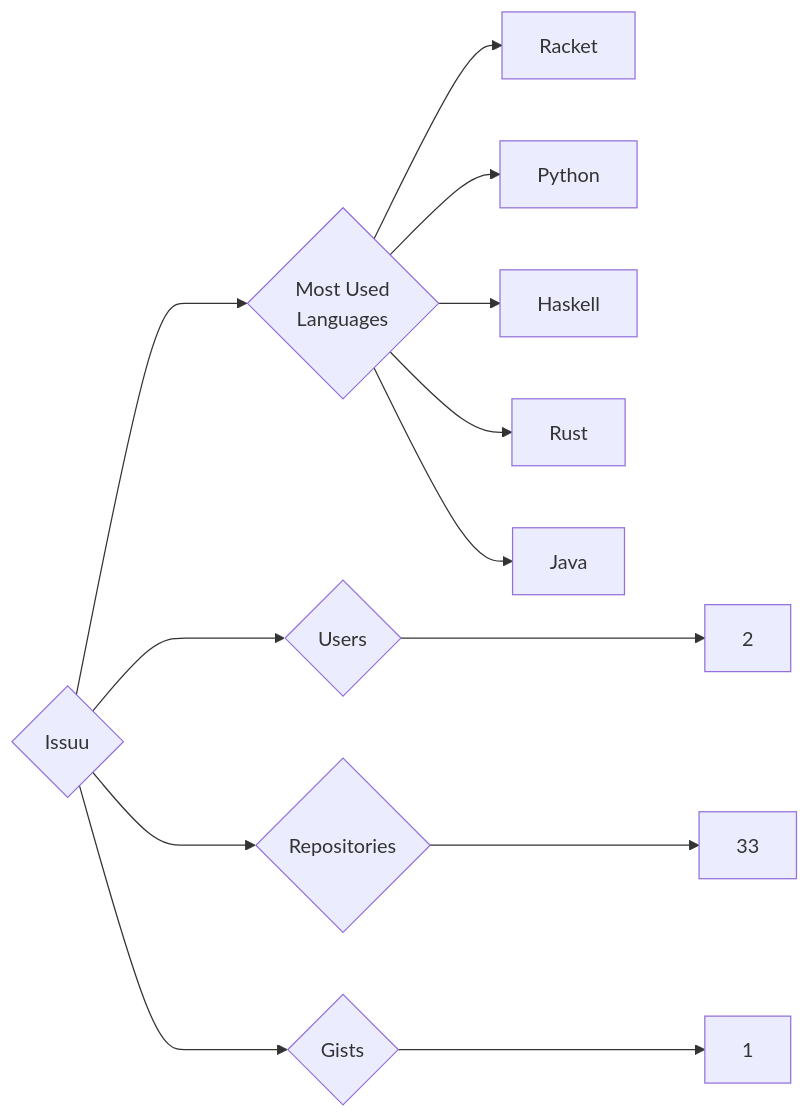
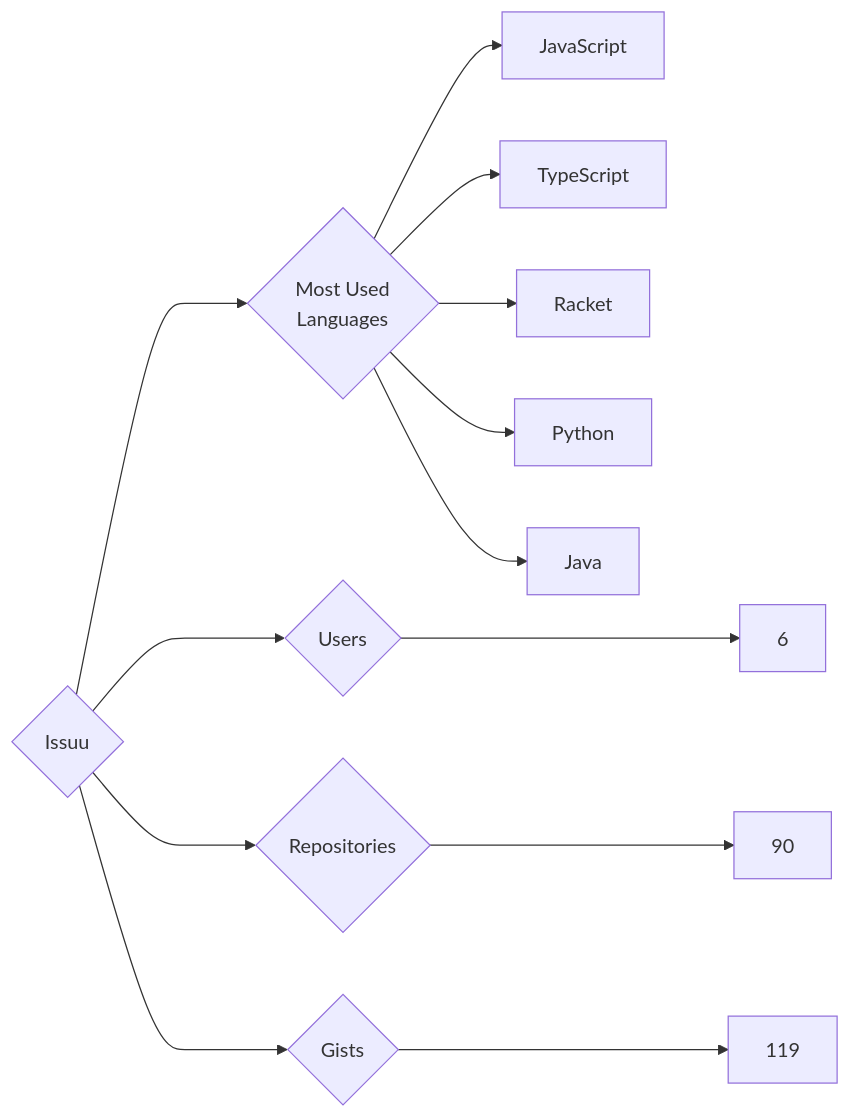
One commit to trickest/insiders changed the diagram in targets/Issuu/README.md. Above: the diagram before and after it, drawn with Mermaid. The commit also changed 951 other files, not shown here.

````diff
--- a/targets/Issuu/README.md
+++ b/targets/Issuu/README.md
@@ -3,13 +3,13 @@
 ```mermaid
 graph LR
 COMPANY_NAME{Issuu}
-COMPANY_NAME ---> U{Users} ---> UN[2]
-COMPANY_NAME ---> R{Repositories} ---> RN[33]
-COMPANY_NAME ---> G{Gists} ---> GN[1]
+COMPANY_NAME ---> U{Users} ---> UN[6]
+COMPANY_NAME ---> R{Repositories} ---> RN[90]
+COMPANY_NAME ---> G{Gists} ---> GN[119]
 COMPANY_NAME ---> ML{Most Used<br>Languages}
+ML --> JavaScript[JavaScript]
+ML --> TypeScript[TypeScript]
 ML --> Racket[Racket]
 ML --> Python[Python]
-ML --> Haskell[Haskell]
-ML --> Rust[Rust]
 ML --> Java[Java]
 ```
````
